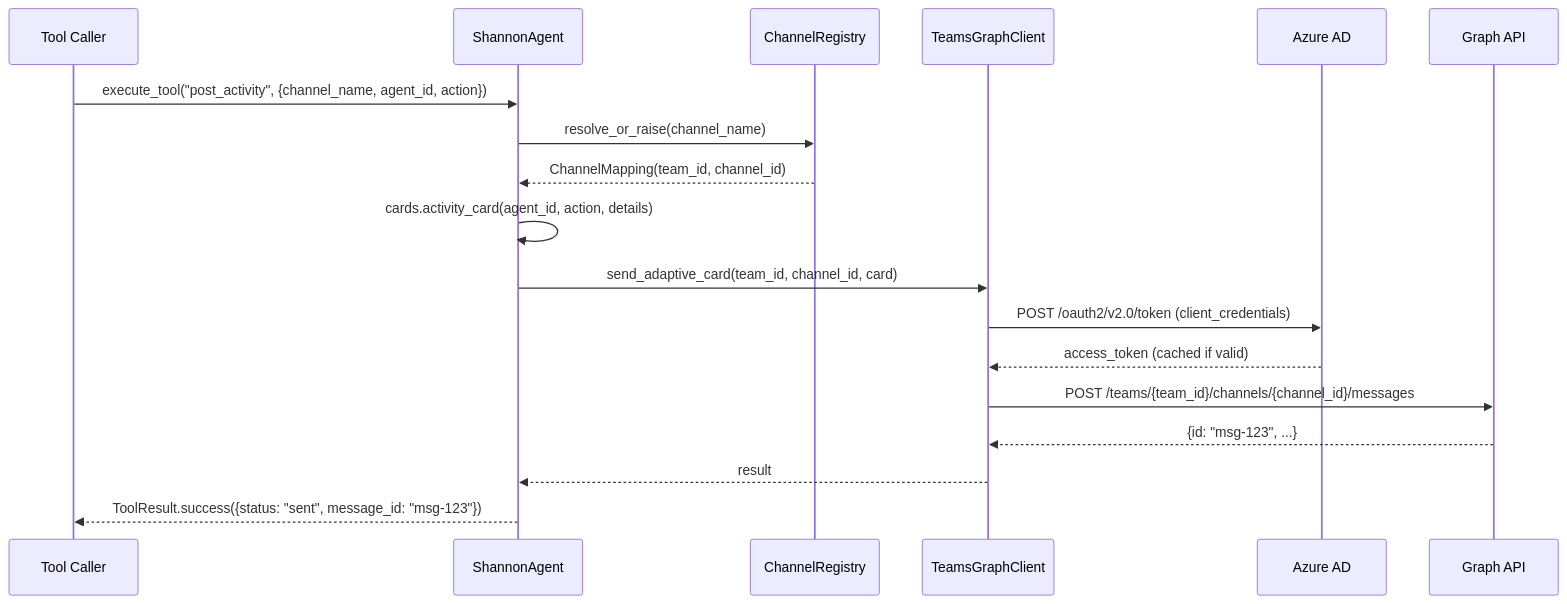
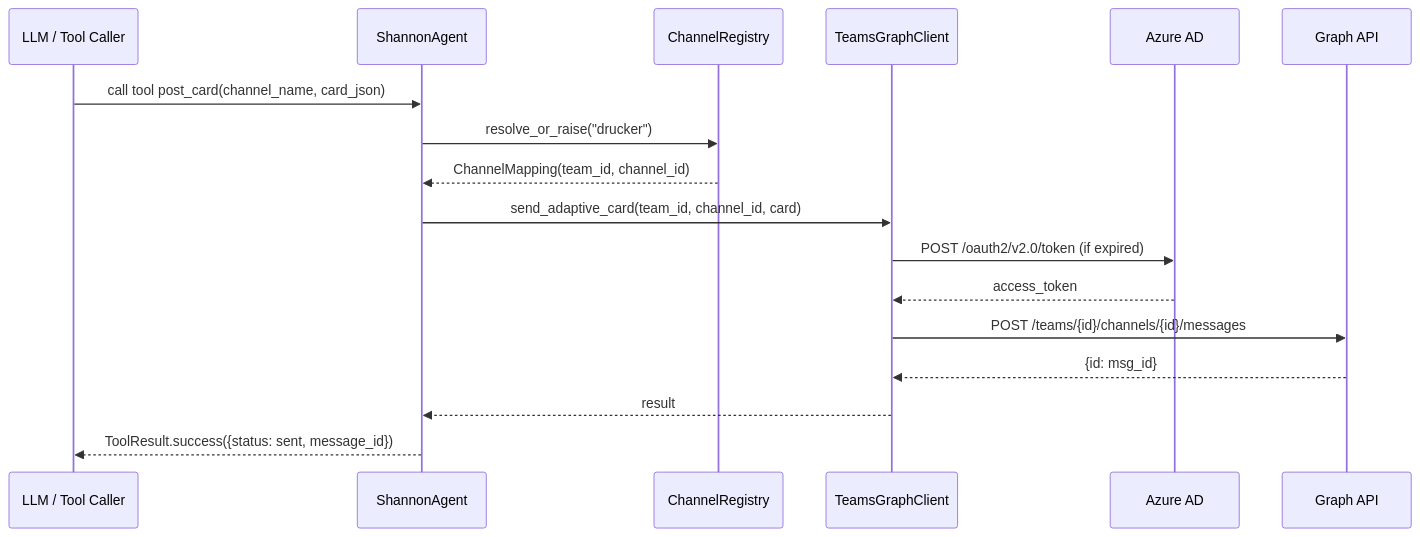
The fourth of 4 diagrams in docs/agents-shannon.md (jmac-cornelis/agent-workforce), drawn with Mermaid before and after one commit. The commit also changed other lines of this file and 7 other files, not shown here.

````diff
--- a/docs/agents-shannon.md
+++ b/docs/agents-shannon.md
@@ -131,21 +154,20 @@
 ```mermaid
 sequenceDiagram
-    participant Caller as Tool Caller
+    participant LLM as LLM / Tool Caller
     participant SA as ShannonAgent
-    participant CR as ChannelRegistry
+    participant REG as ChannelRegistry
     participant GC as TeamsGraphClient
-    participant AAD as Azure AD
+    participant AZURE as Azure AD
     participant GRAPH as Graph API
 
-    Caller->>SA: execute_tool("post_activity", {channel_name, agent_id, action})
-    SA->>CR: resolve_or_raise(channel_name)
-    CR-->>SA: ChannelMapping(team_id, channel_id)
-    SA->>SA: cards.activity_card(agent_id, action, details)
+    LLM->>SA: call tool post_card(channel_name, card_json)
+    SA->>REG: resolve_or_raise("drucker")
+    REG-->>SA: ChannelMapping(team_id, channel_id)
     SA->>GC: send_adaptive_card(team_id, channel_id, card)
-    GC->>AAD: POST /oauth2/v2.0/token (client_credentials)
-    AAD-->>GC: access_token (cached if valid)
-    GC->>GRAPH: POST /teams/{team_id}/channels/{channel_id}/messages
-    GRAPH-->>GC: {id: "msg-123", ...}
+    GC->>AZURE: POST /oauth2/v2.0/token (if expired)
+    AZURE-->>GC: access_token
+    GC->>GRAPH: POST /teams/{id}/channels/{id}/messages
+    GRAPH-->>GC: {id: msg_id}
     GC-->>SA: result
-    SA-->>Caller: ToolResult.success({status: "sent", message_id: "msg-123"})
+    SA-->>LLM: ToolResult.success({status: sent, message_id})
 ```
````
